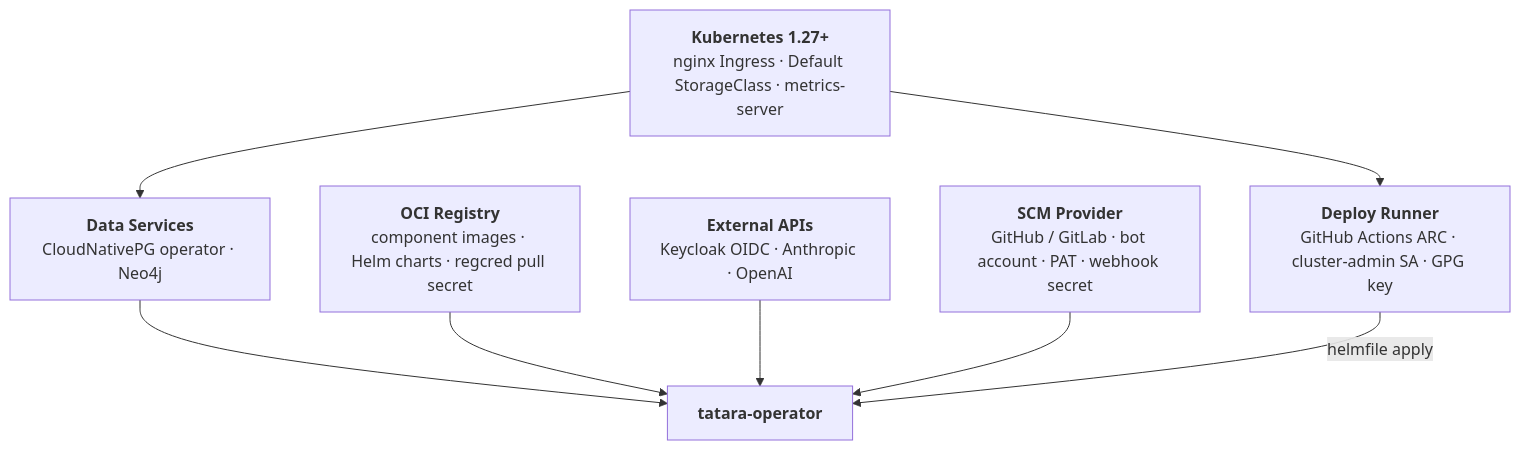
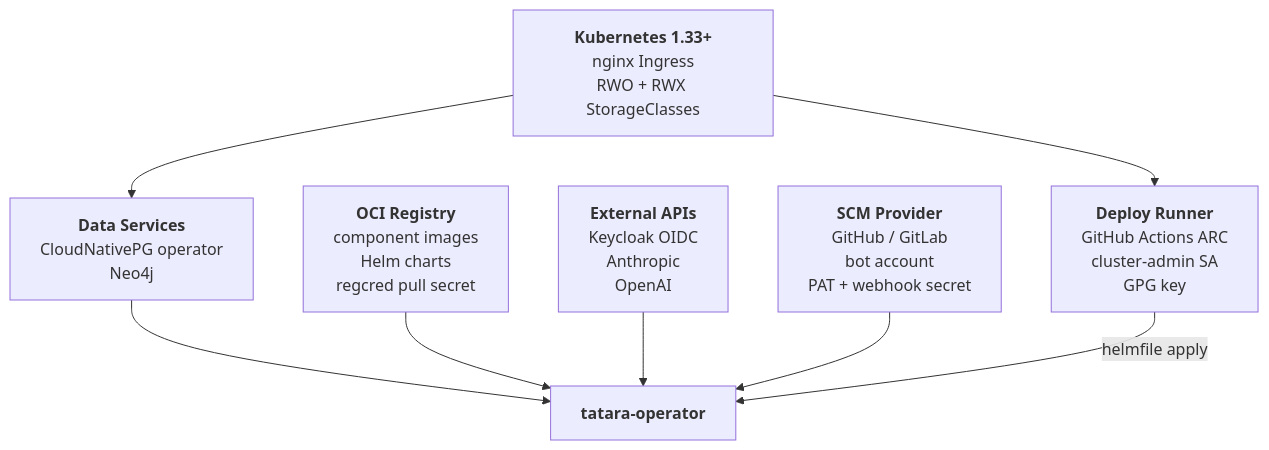
Before and after one commit to szymonrychu/tatara-documentation: the diagram in docs/getting-started/prerequisites.md, drawn with Mermaid. The commit also changed other lines of this file and 74 other files, not shown here.

````diff
--- a/docs/getting-started/prerequisites.md
+++ b/docs/getting-started/prerequisites.md
@@ -42,17 +85,17 @@
 ```mermaid
 graph TD
-    K8S["<b>Kubernetes 1.27+</b><br/>nginx Ingress &middot; Default StorageClass &middot; metrics-server"]
-    DS["<b>Data Services</b><br/>CloudNativePG operator &middot; Neo4j"]
-    REG["<b>OCI Registry</b><br/>component images &middot; Helm charts &middot; regcred pull secret"]
-    EXT["<b>External APIs</b><br/>Keycloak OIDC &middot; Anthropic &middot; OpenAI"]
-    SCM["<b>SCM Provider</b><br/>GitHub / GitLab &middot; bot account &middot; PAT &middot; webhook secret"]
-    ARC["<b>Deploy Runner</b><br/>GitHub Actions ARC &middot; cluster-admin SA &middot; GPG key"]
+    K8S["<b>Kubernetes 1.33+</b><br/>nginx Ingress<br/>RWO + RWX StorageClasses"]
+    DS["<b>Data Services</b><br/>CloudNativePG operator<br/>Neo4j"]
+    REG["<b>OCI Registry</b><br/>component images<br/>Helm charts<br/>regcred pull secret"]
+    EXT["<b>External APIs</b><br/>Keycloak OIDC<br/>Anthropic<br/>OpenAI"]
+    SCM["<b>SCM Provider</b><br/>GitHub / GitLab<br/>bot account<br/>PAT + webhook secret"]
+    ARC["<b>Deploy Runner</b><br/>GitHub Actions ARC<br/>cluster-admin SA<br/>GPG key"]
 
     K8S --> DS
     K8S --> ARC
     DS --> OP
     REG --> OP
     EXT --> OP
     SCM --> OP
     ARC -->|"helmfile apply"| OP["<b>tatara-operator</b>"]
 ```
````
